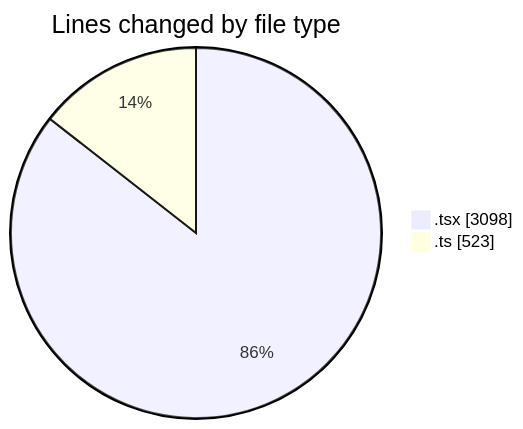
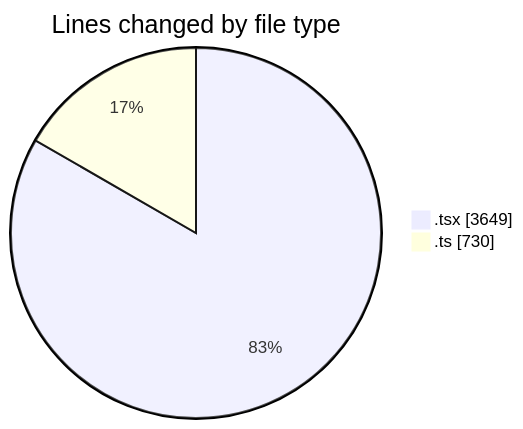
The first of 2 diagrams in 2026-04-23/nxtqube_webapp/README.md (nxtqubesakshisongat/code-tracking), drawn with Mermaid before and after one commit. The commit also changed other lines of this file and 1 other file, not shown here.

````diff
--- a/2026-04-23/nxtqube_webapp/README.md
+++ b/2026-04-23/nxtqube_webapp/README.md
@@ -23,6 +25,6 @@
 ```mermaid
 pie showData
 title Lines changed by file type
-".tsx" : 3098
-".ts" : 523
+".tsx" : 3649
+".ts" : 730
 ```
````
